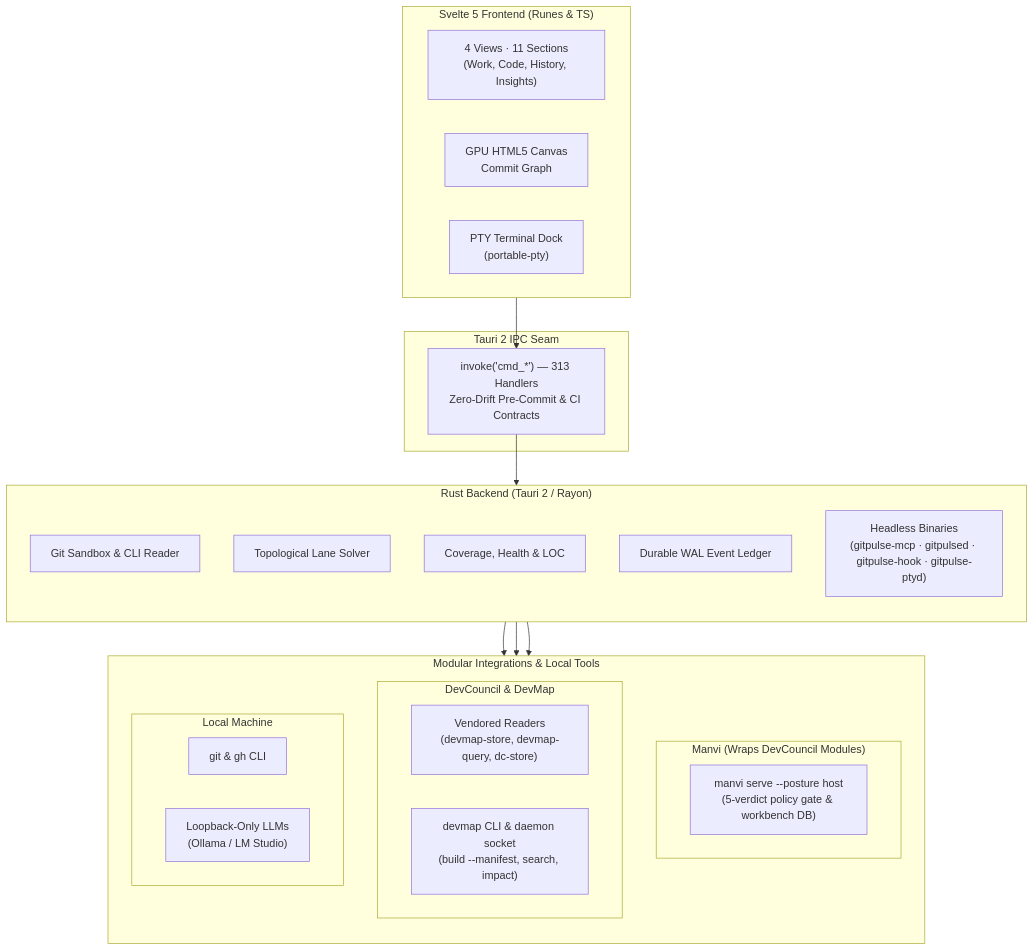
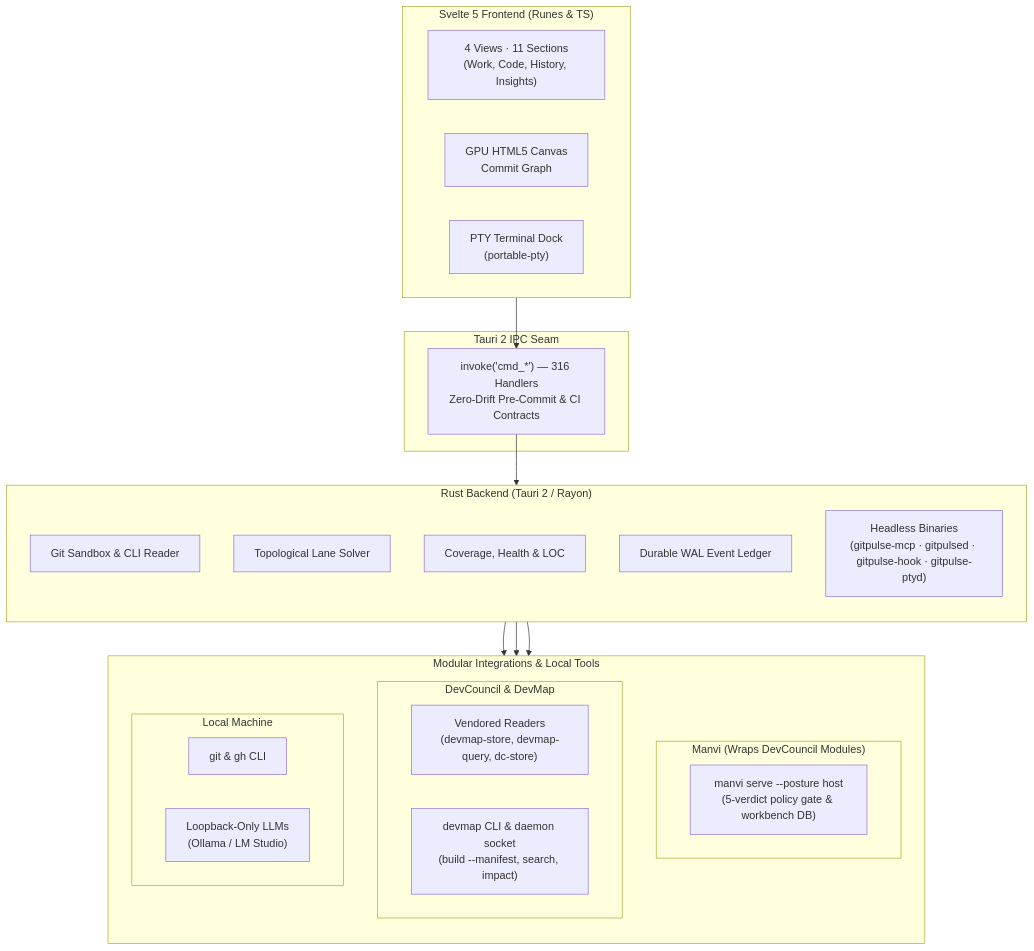
Before and after one commit to bharathvbcr/GitPulse: the diagram in README.md, drawn with Mermaid. The commit also changed 106 other files, not shown here.

````diff
--- a/README.md
+++ b/README.md
@@ -126,43 +126,43 @@
 ```mermaid
 flowchart TB
     subgraph Frontend["Svelte 5 Frontend (Runes & TS)"]
         direction LR
         Views["4 Views · 11 Sections<br/>(Work, Code, History, Insights)"]
         Canvas["GPU HTML5 Canvas<br/>Commit Graph"]
         TerminalDock["PTY Terminal Dock<br/>(portable-pty)"]
     end
 
     subgraph IPC["Tauri 2 IPC Seam"]
-        Bridge["invoke('cmd_*') — 313 Handlers<br/>Zero-Drift Pre-Commit & CI Contracts"]
+        Bridge["invoke('cmd_*') — 316 Handlers<br/>Zero-Drift Pre-Commit & CI Contracts"]
     end
 
     subgraph Backend["Rust Backend (Tauri 2 / Rayon)"]
         direction TB
         GitEngine["Git Sandbox & CLI Reader"]
         LaneSolver["Topological Lane Solver"]
         Analyzers["Coverage, Health & LOC"]
         Ledger["Durable WAL Event Ledger"]
         Headless["Headless Binaries<br/>(gitpulse-mcp · gitpulsed · gitpulse-hook · gitpulse-ptyd)"]
     end
 
     subgraph Integrations["Modular Integrations & Local Tools"]
         direction TB
         subgraph ManviWrap["Manvi (Wraps DevCouncil Modules)"]
             ManviSidecar["manvi serve --posture host<br/>(5-verdict policy gate & workbench DB)"]
         end
         subgraph DevCouncilMods["DevCouncil & DevMap"]
             Vendored["Vendored Readers<br/>(devmap-store, devmap-query, dc-store)"]
             DevMapCLI["devmap CLI & daemon socket<br/>(build --manifest, search, impact)"]
         end
         subgraph LocalTools["Local Machine"]
             CLI["git & gh CLI"]
             LocalLLM["Loopback-Only LLMs<br/>(Ollama / LM Studio)"]
         end
     end
 
     Frontend --> Bridge
     Bridge --> Backend
     Backend --> ManviWrap
     Backend --> DevCouncilMods
     Backend --> LocalTools
 ```
````
